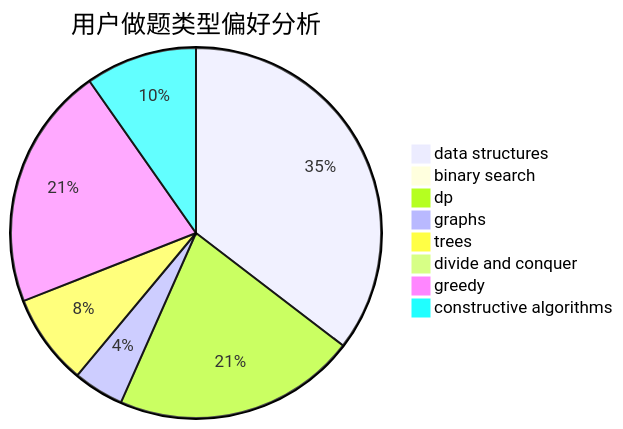
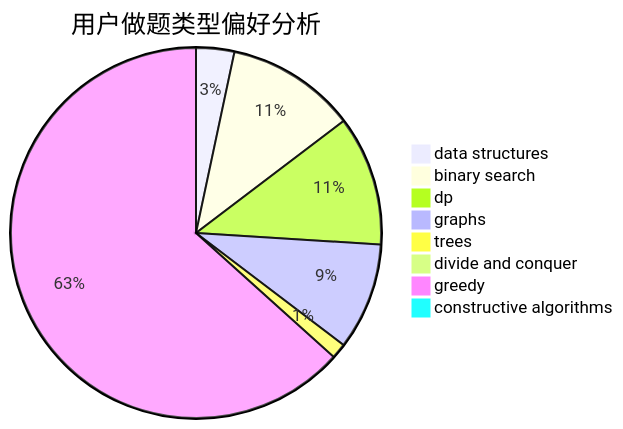
Before and after one commit to sherpahu/cfrs.github.io: the second of 3 diagrams in docs/user/u2160.md, drawn with Mermaid. The commit also changed other lines of this file and 2770 other files, not shown here.

````diff
--- a/docs/user/u2160.md
+++ b/docs/user/u2160.md
@@ -23,11 +23,11 @@
 ```mermaid
 pie title 用户做题类型偏好分析
-    "data structures" :  40
-    "binary search" :  1
-    "dp" :  24
-    "graphs" :  5
-    "trees" :  9
+    "data structures" :  5
+    "binary search" :  17
+    "dp" :  17
+    "graphs" :  14
+    "trees" :  2
     "divide and conquer" :  0
-    "greedy" :  24
-    "constructive algorithms" :  11
+    "greedy" :  95
+    "constructive algorithms" :  0
 ```
````
